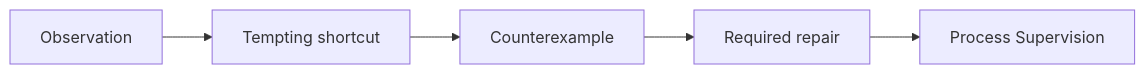
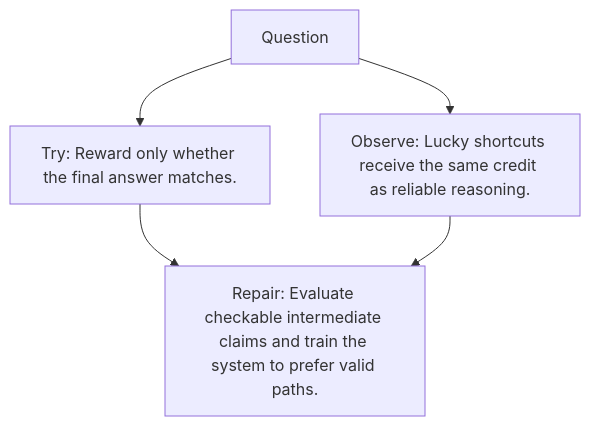
The diagram in excavations/139-process-supervision/diagram.md (kleem-labs/AI-Archaeology), drawn with Mermaid before and after one commit. The commit also changed other lines of this file and 288 other files, not shown here.

````diff
--- a/excavations/139-process-supervision/diagram.md
+++ b/excavations/139-process-supervision/diagram.md
@@ -3,7 +5,7 @@
 ```mermaid
-flowchart LR
-    A["Observation"] --> B["Tempting shortcut"]
-    B --> C["Counterexample"]
-    C --> D["Required repair"]
-    D --> E["Process Supervision"]
+flowchart TD
+    A["Question"] --> B["Try: Reward only whether the final answer matches."]
+    A --> C["Observe: Lucky shortcuts receive the same credit as reliable reasoning."]
+    B --> D["Repair: Evaluate checkable intermediate claims and train the system to prefer valid paths."]
+    C --> D
 ```
````
